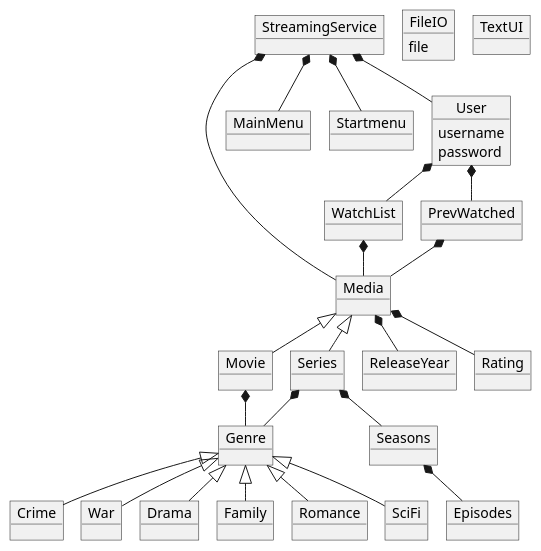
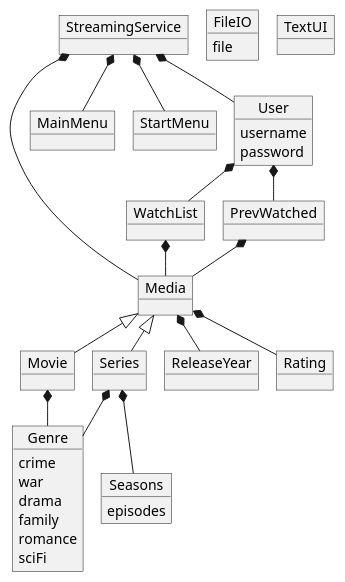
The diagram in doc/domainmodel/domain v1.puml (EmilDagsberg/SP3), drawn with PlantUML before and after one commit.

Commit message:
Domainmodel

```diff
--- a/doc/domainmodel/domain v1.puml
+++ b/doc/domainmodel/domain v1.puml
@@ -1,67 +1,60 @@
 @startuml
 !pragma layout smetana
 'https://plantuml.com/sequence-diagram
 
 object StreamingService
 
 object Media
 
 object MainMenu
-object Startmenu
+object StartMenu
 object Movie
 object Series
 object Genre
-object Crime
-object War
-object Drama
-object Family
-object Romance
-object SciFi
+Genre : crime
+Genre : war
+Genre : drama
+Genre : family
+Genre : romance
+Genre : sciFi
 object Seasons
-object Episodes
+Seasons : episodes
 object ReleaseYear
 object Rating
 object User
 User : username
 User : password
 object WatchList
 object PrevWatched
 
 
 
 
 
 object FileIO
 FileIO : file
 object TextUI
 
 
 
 
 StreamingService *-- Media
 StreamingService *-- MainMenu
-StreamingService *-- Startmenu
+StreamingService *-- StartMenu
 StreamingService *-- User
 Media <|-- Movie
 Media <|-- Series
 Movie *-- Genre
 Series *-- Genre
-Genre <|-- Crime
-Genre <|-- War
-Genre <|-- Drama
-Genre <|-- Family
-Genre <|-- Romance
-Genre <|-- SciFi
 Series *-- Seasons
-Seasons *-- Episodes
 Media *-- Rating
 Media *-- ReleaseYear
 User *-- PrevWatched
 User *-- WatchList
 WatchList *-- Media
 PrevWatched *-- Media
 
 
 
 
 @enduml
```
